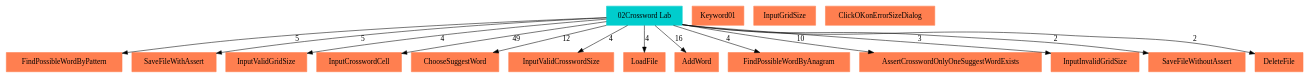
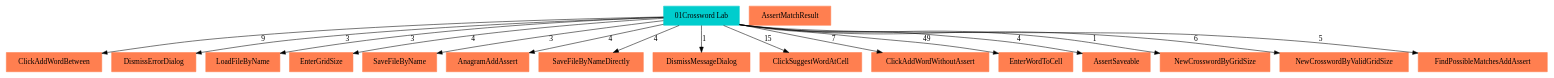
The diagram in robotide/KTVgraph/TS2UK.gv (mypstom/robotide), drawn with Graphviz before and after one commit. The commit also changed 23 other files, not shown here.

```diff
--- a/robotide/KTVgraph/TS2UK.gv
+++ b/robotide/KTVgraph/TS2UK.gv
@@ -1,33 +1,35 @@
 // TS <-> UK
 digraph {
-	FindPossibleWordByPattern [color=coral shape=box style=filled]
-	Keyword01 [color=coral shape=box style=filled]
-	InputGridSize [color=coral shape=box style=filled]
-	SaveFileWithAssert [color=coral shape=box style=filled]
-	InputValidGridSize [color=coral shape=box style=filled]
-	InputCrosswordCell [color=coral shape=box style=filled]
-	ChooseSuggestWord [color=coral shape=box style=filled]
-	InputValidCrosswordSize [color=coral shape=box style=filled]
-	LoadFile [color=coral shape=box style=filled]
-	AddWord [color=coral shape=box style=filled]
-	FindPossibleWordByAnagram [color=coral shape=box style=filled]
-	AssertCrosswordOnlyOneSuggestWordExists [color=coral shape=box style=filled]
-	ClickOKonErrorSizeDialog [color=coral shape=box style=filled]
-	InputInvalidGridSize [color=coral shape=box style=filled]
-	SaveFileWithoutAssert [color=coral shape=box style=filled]
-	DeleteFile [color=coral shape=box style=filled]
-	"02Crossword Lab" [color=cyan3 shape=box style=filled]
-		"02Crossword Lab" -> SaveFileWithAssert [label=5 len=10.0]
-		"02Crossword Lab" -> InputCrosswordCell [label=49 len=10.0]
-		"02Crossword Lab" -> DeleteFile [label=2 len=10.0]
-		"02Crossword Lab" -> AddWord [label=16 len=10.0]
-		"02Crossword Lab" -> AssertCrosswordOnlyOneSuggestWordExists [label=10 len=10.0]
-		"02Crossword Lab" -> LoadFile [label=4 len=10.0]
-		"02Crossword Lab" -> InputInvalidGridSize [label=3 len=10.0]
-		"02Crossword Lab" -> InputValidCrosswordSize [label=4 len=10.0]
-		"02Crossword Lab" -> FindPossibleWordByAnagram [label=4 len=10.0]
-		"02Crossword Lab" -> SaveFileWithoutAssert [label=2 len=10.0]
-		"02Crossword Lab" -> ChooseSuggestWord [label=12 len=10.0]
-		"02Crossword Lab" -> InputValidGridSize [label=4 len=10.0]
-		"02Crossword Lab" -> FindPossibleWordByPattern [label=5 len=10.0]
+	ClickAddWordBetween [color=coral shape=box style=filled]
+	DismissErrorDialog [color=coral shape=box style=filled]
+	LoadFileByName [color=coral shape=box style=filled]
+	EnterGridSize [color=coral shape=box style=filled]
+	SaveFileByName [color=coral shape=box style=filled]
+	AnagramAddAssert [color=coral shape=box style=filled]
+	SaveFileByNameDirectly [color=coral shape=box style=filled]
+	DismissMessageDialog [color=coral shape=box style=filled]
+	ClickSuggestWordAtCell [color=coral shape=box style=filled]
+	ClickAddWordWithoutAssert [color=coral shape=box style=filled]
+	EnterWordToCell [color=coral shape=box style=filled]
+	AssertSaveable [color=coral shape=box style=filled]
+	AssertMatchResult [color=coral shape=box style=filled]
+	NewCrosswordByGridSize [color=coral shape=box style=filled]
+	NewCrosswordByValidGridSize [color=coral shape=box style=filled]
+	FindPossibleMatchesAddAssert [color=coral shape=box style=filled]
+	"01Crossword Lab" [color=cyan3 shape=box style=filled]
+		"01Crossword Lab" -> ClickAddWordBetween [label=9 len=10.0]
+		"01Crossword Lab" -> ClickAddWordWithoutAssert [label=7 len=10.0]
+		"01Crossword Lab" -> SaveFileByNameDirectly [label=4 len=10.0]
+		"01Crossword Lab" -> EnterGridSize [label=4 len=10.0]
+		"01Crossword Lab" -> EnterWordToCell [label=49 len=10.0]
+		"01Crossword Lab" -> SaveFileByName [label=3 len=10.0]
+		"01Crossword Lab" -> NewCrosswordByGridSize [label=1 len=10.0]
+		"01Crossword Lab" -> AssertSaveable [label=4 len=10.0]
+		"01Crossword Lab" -> AnagramAddAssert [label=4 len=10.0]
+		"01Crossword Lab" -> NewCrosswordByValidGridSize [label=6 len=10.0]
+		"01Crossword Lab" -> FindPossibleMatchesAddAssert [label=5 len=10.0]
+		"01Crossword Lab" -> DismissMessageDialog [label=1 len=10.0]
+		"01Crossword Lab" -> DismissErrorDialog [label=3 len=10.0]
+		"01Crossword Lab" -> ClickSuggestWordAtCell [label=15 len=10.0]
+		"01Crossword Lab" -> LoadFileByName [label=3 len=10.0]
 }
```
